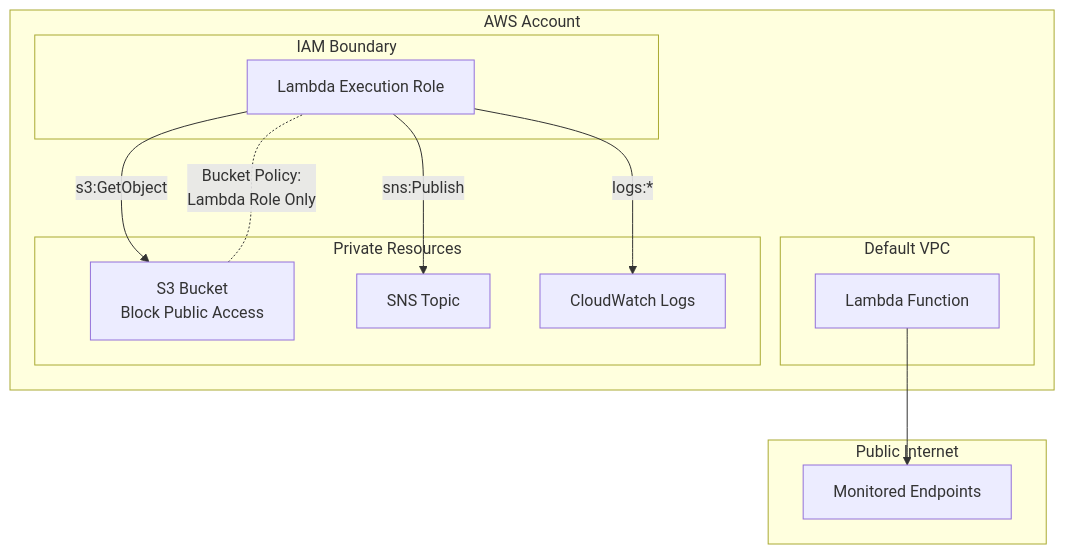
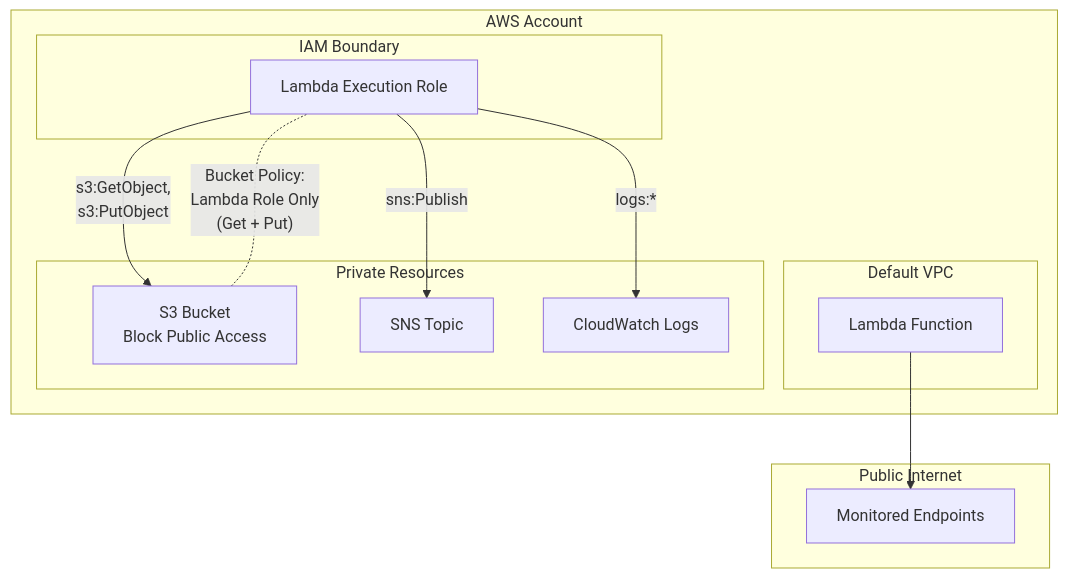
Before and after one commit to JonShort/cheap-uptime-monitor: the fifth of 6 diagrams in Architecture/diagram.md, drawn with Mermaid. The commit also changed other lines of this file and 11 other files, not shown here.

````diff
--- a/Architecture/diagram.md
+++ b/Architecture/diagram.md
@@ -156,29 +169,29 @@
 ```mermaid
 flowchart TB
     subgraph Public["Public Internet"]
         Endpoints[Monitored Endpoints]
     end
 
     subgraph AWS["AWS Account"]
         subgraph VPC["Default VPC"]
             Lambda[Lambda Function]
         end
 
         subgraph IAM_Boundary["IAM Boundary"]
             Role[Lambda Execution Role]
         end
 
         subgraph Private_Resources["Private Resources"]
             S3[S3 Bucket<br/>Block Public Access]
             SNS[SNS Topic]
             CW[CloudWatch Logs]
         end
     end
 
     Lambda --> Endpoints
-    Role -->|"s3:GetObject"| S3
+    Role -->|"s3:GetObject,<br/>s3:PutObject"| S3
     Role -->|"sns:Publish"| SNS
     Role -->|"logs:*"| CW
 
-    S3 -.-|"Bucket Policy:<br/>Lambda Role Only"| Role
+    S3 -.-|"Bucket Policy:<br/>Lambda Role Only<br/>(Get + Put)"| Role
 ```
````
